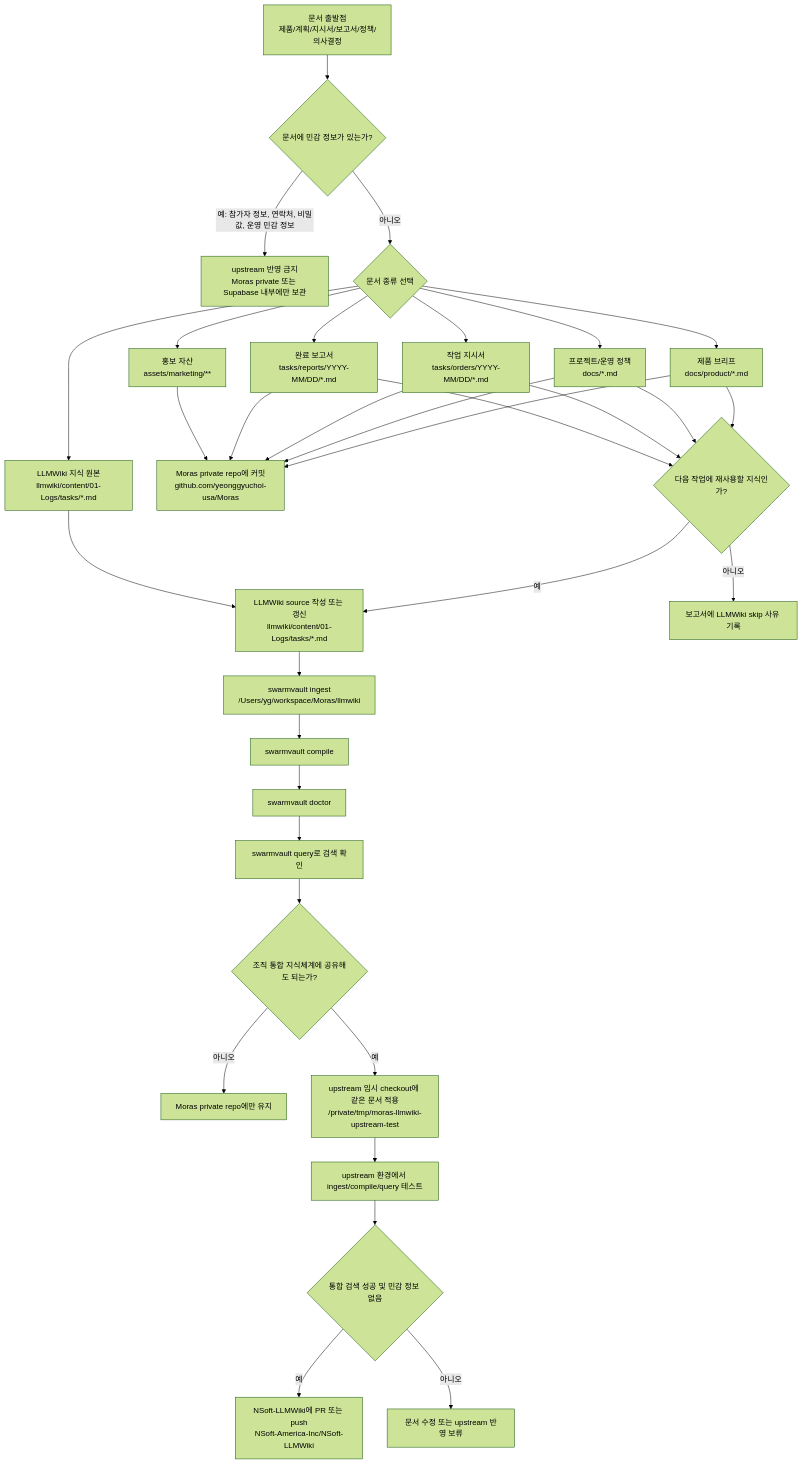
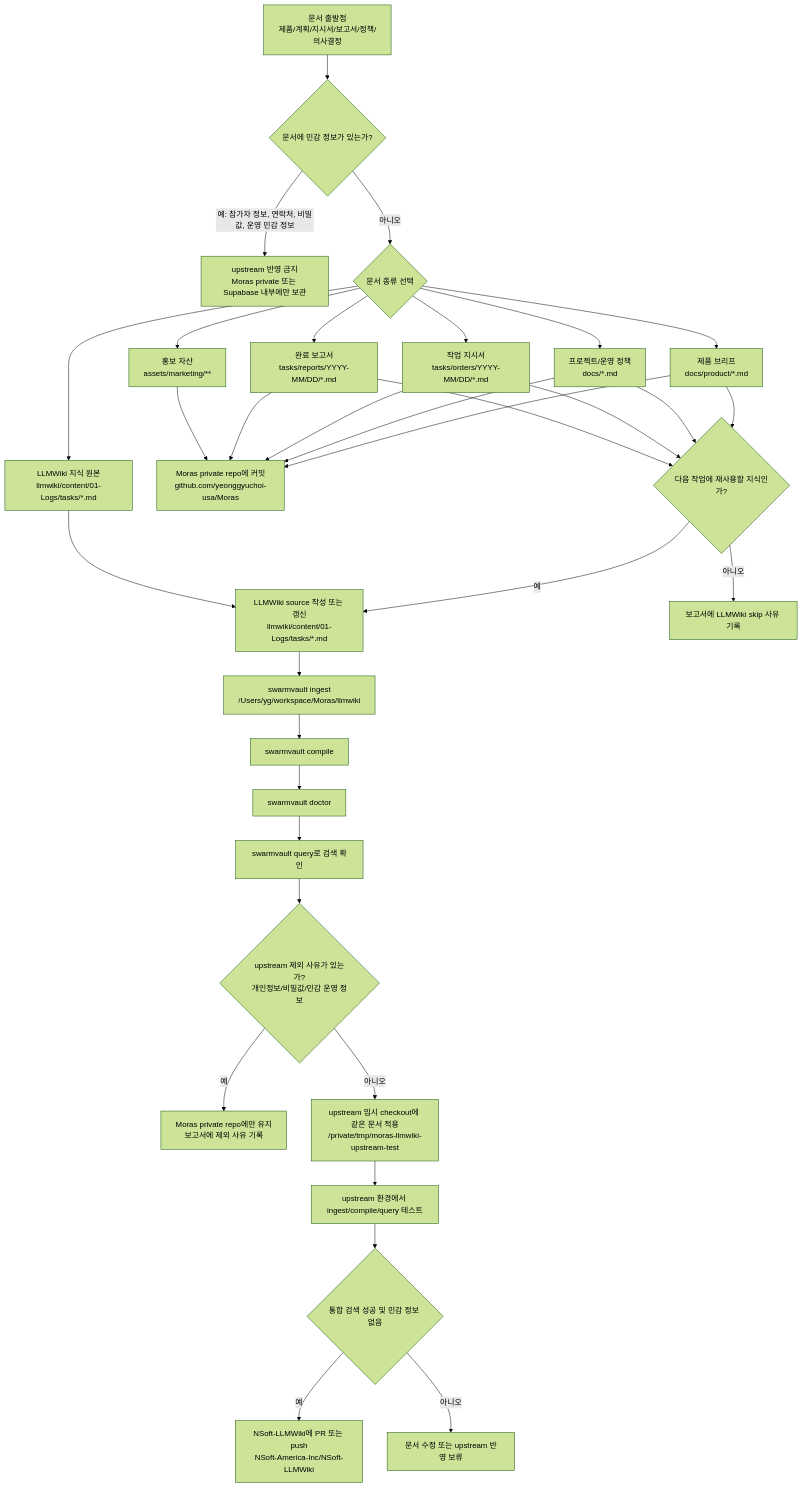
The first of 4 diagrams in docs/llmwiki-document-flow.md (ch0992/Moras), drawn with Mermaid (forest theme) before and after one commit. The commit also changed other lines of this file and 3 other files, not shown here.

Commit message:
docs: align LLMWiki flow with unified knowledge model

````diff
--- a/docs/llmwiki-document-flow.md
+++ b/docs/llmwiki-document-flow.md
@@ -43,42 +47,42 @@
 ```mermaid
 flowchart TD
   A["문서 출발점<br/>제품/계획/지시서/보고서/정책/의사결정"] --> B{"문서에 민감 정보가 있는가?"}
 
   B -- "예: 참가자 정보, 연락처, 비밀값, 운영 민감 정보" --> X["upstream 반영 금지<br/>Moras private 또는 Supabase 내부에만 보관"]
   B -- "아니오" --> C{"문서 종류 선택"}
 
   C --> C1["제품 브리프<br/>docs/product/*.md"]
   C --> C2["프로젝트/운영 정책<br/>docs/*.md"]
   C --> C3["작업 지시서<br/>tasks/orders/YYYY-MM/DD/*.md"]
   C --> C4["완료 보고서<br/>tasks/reports/YYYY-MM/DD/*.md"]
   C --> C5["LLMWiki 지식 원본<br/>llmwiki/content/01-Logs/tasks/*.md"]
   C --> C6["홍보 자산<br/>assets/marketing/**"]
 
   C1 --> D["Moras private repo에 커밋<br/>github.com/yeonggyuchoi-usa/Moras"]
   C2 --> D
   C3 --> D
   C4 --> D
   C6 --> D
 
   C1 --> E{"다음 작업에 재사용할 지식인가?"}
   C2 --> E
   C3 --> E
   C4 --> E
 
   E -- "예" --> F["LLMWiki source 작성 또는 갱신<br/>llmwiki/content/01-Logs/tasks/*.md"]
   E -- "아니오" --> G["보고서에 LLMWiki skip 사유 기록"]
 
   C5 --> F
   F --> H["swarmvault ingest<br/>/Users/yg/workspace/Moras/llmwiki"]
   H --> I["swarmvault compile"]
   I --> J["swarmvault doctor"]
   J --> K["swarmvault query로 검색 확인"]
 
-  K --> L{"조직 통합 지식체계에 공유해도 되는가?"}
-  L -- "아니오" --> M["Moras private repo에만 유지"]
-  L -- "예" --> N["upstream 임시 checkout에 같은 문서 적용<br/>/private/tmp/moras-llmwiki-upstream-test"]
+  K --> L{"upstream 제외 사유가 있는가?<br/>개인정보/비밀값/민감 운영 정보"}
+  L -- "예" --> M["Moras private repo에만 유지<br/>보고서에 제외 사유 기록"]
+  L -- "아니오" --> N["upstream 임시 checkout에 같은 문서 적용<br/>/private/tmp/moras-llmwiki-upstream-test"]
   N --> O["upstream 환경에서 ingest/compile/query 테스트"]
   O --> P{"통합 검색 성공 및 민감 정보 없음"}
   P -- "예" --> Q["NSoft-LLMWiki에 PR 또는 push<br/>NSoft-America-Inc/NSoft-LLMWiki"]
   P -- "아니오" --> R["문서 수정 또는 upstream 반영 보류"]
 ```
````
